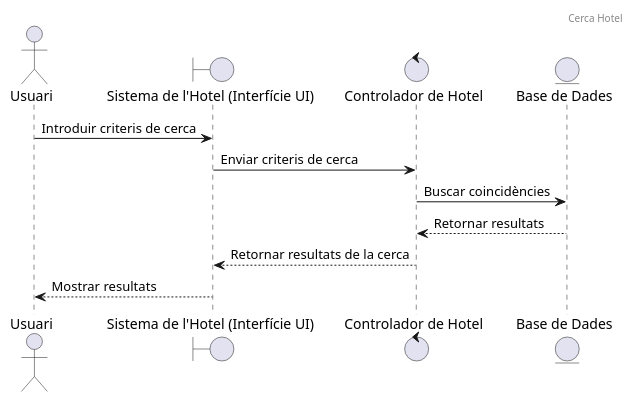
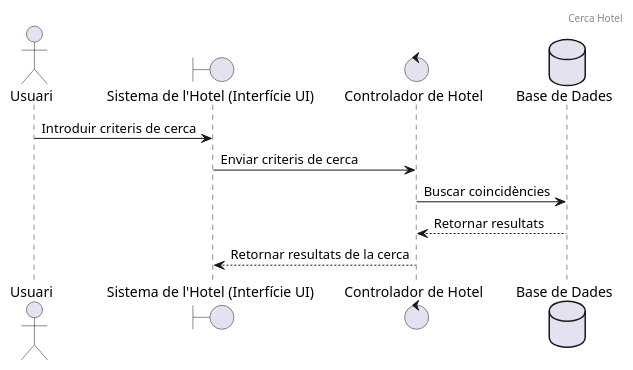
The diagram in src/main/kotlin/cercaHotel.puml (Guillermo-Mir/-Diagrames_de_sequencia), drawn with PlantUML before and after one commit. The commit also changed 1 other file, not shown here.

```diff
--- a/src/main/kotlin/cercaHotel.puml
+++ b/src/main/kotlin/cercaHotel.puml
@@ -1,16 +1,15 @@
 @startuml
 header Cerca Hotel
 
 actor Usuari
 boundary "Sistema de l'Hotel (Interfície UI)" as UI
 control "Controlador de Hotel" as Control
-entity "Base de Dades" as DB
+database "Base de Dades" as DB
 
 Usuari -> UI: Introduir criteris de cerca
 UI -> Control: Enviar criteris de cerca
 Control -> DB: Buscar coincidències
 DB --> Control: Retornar resultats
 Control --> UI: Retornar resultats de la cerca
-UI --> Usuari: Mostrar resultats
 
 @enduml
```
